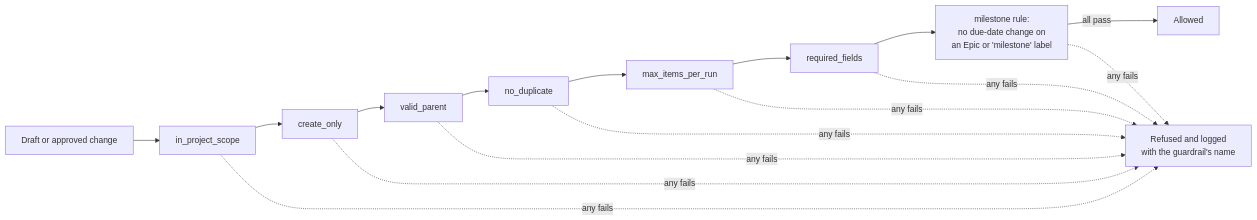
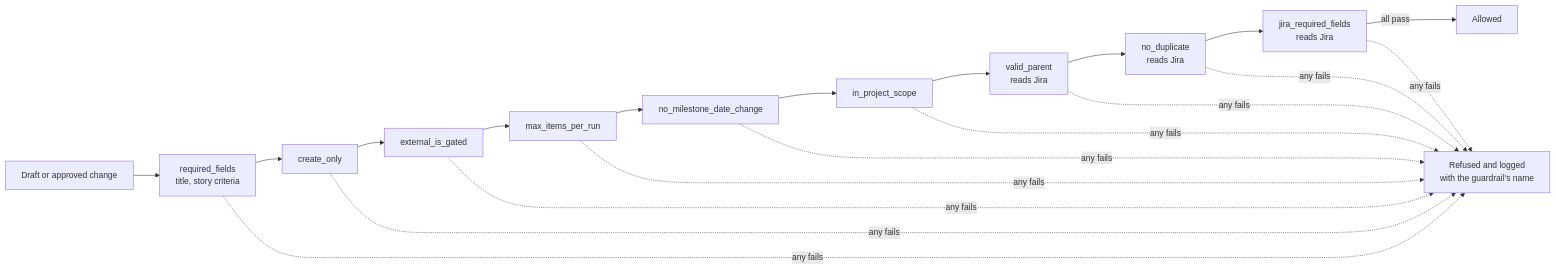
Before and after one commit to CogniPM-Team/Cogni-PM: the third of 6 diagrams in docs/architecture.md, drawn with Mermaid. The commit also changed other lines of this file and 16 other files, not shown here.

````diff
--- a/docs/architecture.md
+++ b/docs/architecture.md
@@ -140,12 +142,14 @@
 ```mermaid
 flowchart LR
-    D["Draft or approved change"] --> G1["in_project_scope"]
+    D["Draft or approved change"] --> G1["required_fields<br/>title, story criteria"]
     G1 --> G2["create_only"]
-    G2 --> G3["valid_parent"]
-    G3 --> G4["no_duplicate"]
-    G4 --> G5["max_items_per_run"]
-    G5 --> G6["required_fields"]
-    G6 --> G7["milestone rule:<br/>no due-date change on<br/>an Epic or 'milestone' label"]
-    G7 -->|"all pass"| OK["Allowed"]
-    G1 & G2 & G3 & G4 & G5 & G6 & G7 -.->|"any fails"| NO["Refused and logged<br/>with the guardrail's name"]
+    G2 --> G3["external_is_gated"]
+    G3 --> G4["max_items_per_run"]
+    G4 --> G5["no_milestone_date_change"]
+    G5 --> G6["in_project_scope"]
+    G6 --> G7["valid_parent<br/>reads Jira"]
+    G7 --> G8["no_duplicate<br/>reads Jira"]
+    G8 --> G9["jira_required_fields<br/>reads Jira"]
+    G9 -->|"all pass"| OK["Allowed"]
+    G1 & G2 & G3 & G4 & G5 & G6 & G7 & G8 & G9 -.->|"any fails"| NO["Refused and logged<br/>with the guardrail's name"]
 ```
````
